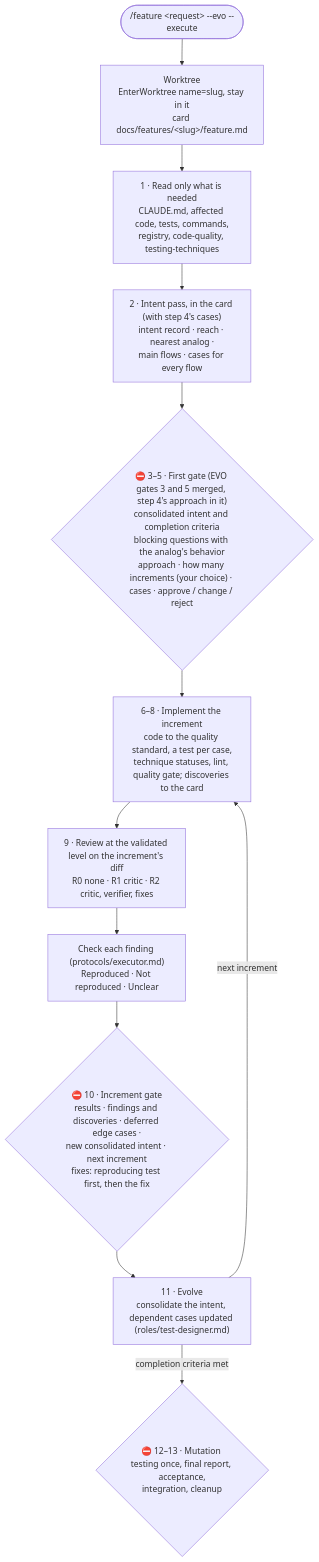
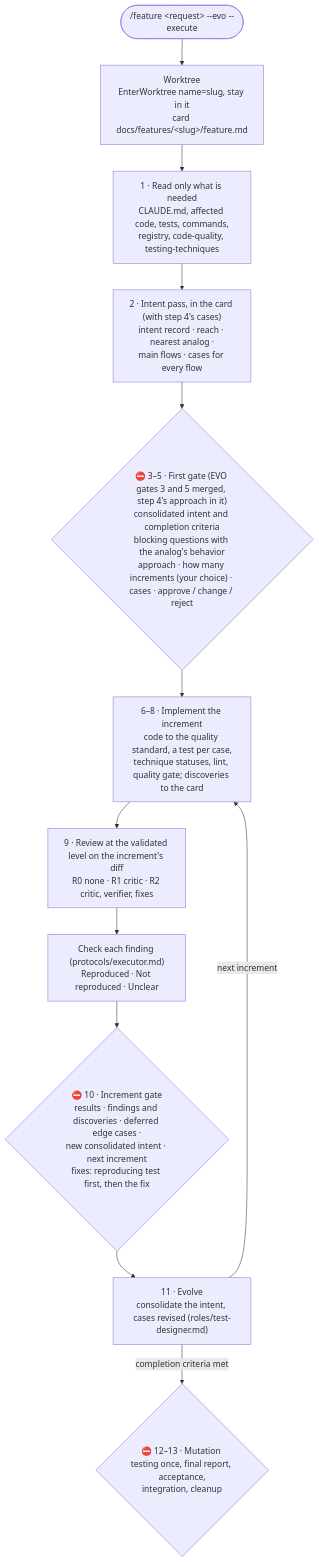
Before and after one commit to mariopedemonte12/claude-feature-workflow: the diagram in docs/executor.md, drawn with Mermaid. The commit also changed 1 other file, not shown here.

Commit message:
reach-and-case-sync: docs diagram labels point to the role instead of restating

````diff
--- a/docs/executor.md
+++ b/docs/executor.md
@@ -24,14 +24,14 @@
 ```mermaid
 flowchart TB
     R(["/feature &lt;request&gt; --evo --execute"]) --> W["Worktree<br/>EnterWorktree name=slug, stay in it<br/>card docs/features/&lt;slug&gt;/feature.md"]
     W --> RD["1 · Read only what is needed<br/>CLAUDE.md, affected code, tests, commands,<br/>registry, code-quality, testing-techniques"]
     RD --> SP["2 · Intent pass, in the card (with step 4's cases)<br/>intent record · reach · nearest analog ·<br/>main flows · cases for every flow"]
     SP --> G1{"⛔ 3–5 · First gate (EVO gates 3 and 5 merged, step 4's approach in it)<br/>consolidated intent and completion criteria<br/>blocking questions with the analog's behavior<br/>approach · how many increments (your choice) · cases · approve / change / reject"}
     G1 --> IM["6–8 · Implement the increment<br/>code to the quality standard, a test per case,<br/>technique statuses, lint, quality gate; discoveries to the card"]
     IM --> CR["9 · Review at the validated level on the increment's diff<br/>R0 none · R1 critic · R2 critic, verifier, fixes"]
     CR --> CK["Check each finding (protocols/executor.md)<br/>Reproduced · Not reproduced · Unclear"]
     CK --> G2{"⛔ 10 · Increment gate<br/>results · findings and discoveries · deferred edge cases ·<br/>new consolidated intent · next increment<br/>fixes: reproducing test first, then the fix"}
-    G2 --> FX["11 · Evolve<br/>consolidate the intent, dependent cases updated (roles/test-designer.md)"]
+    G2 --> FX["11 · Evolve<br/>consolidate the intent, cases revised (roles/test-designer.md)"]
     FX -->|"next increment"| IM
     FX -->|"completion criteria met"| G3{"⛔ 12–13 · Mutation testing once, final report, acceptance,<br/>integration, cleanup"}
 ```
````
